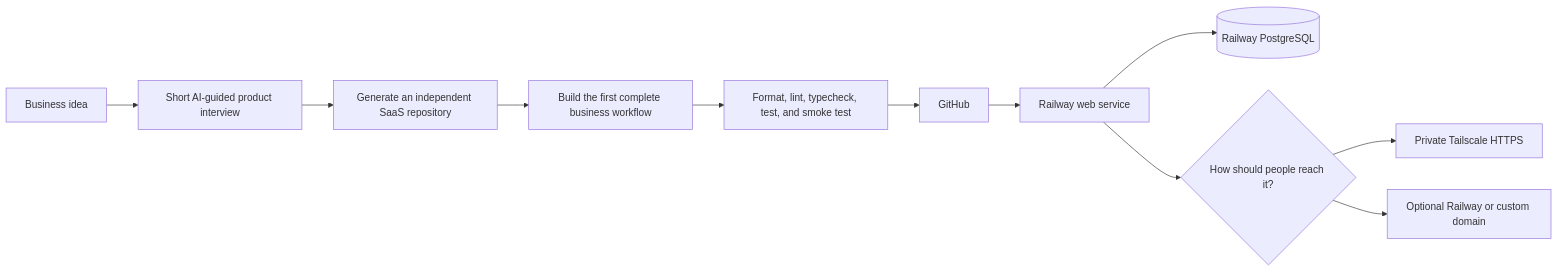
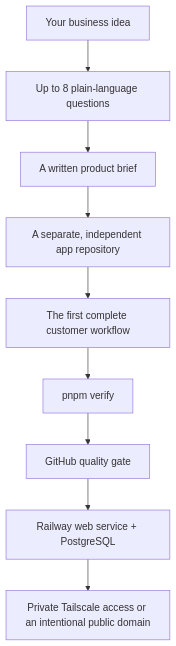
The first of 2 diagrams in README.md (k7cfo/railway-k7cfo-template), drawn with Mermaid before and after one commit. The commit also changed other lines of this file and 1 other file, not shown here.

````diff
--- a/README.md
+++ b/README.md
@@ -15,13 +50,21 @@
 ```mermaid
-flowchart LR
-    A[Business idea] --> B[Short AI-guided product interview]
-    B --> C[Generate an independent SaaS repository]
-    C --> D[Build the first complete business workflow]
-    D --> E[Format, lint, typecheck, test, and smoke test]
-    E --> F[GitHub]
-    F --> G[Railway web service]
-    G --> H[(Railway PostgreSQL)]
-    G --> I{How should people reach it?}
-    I --> J[Private Tailscale HTTPS]
-    I --> K[Optional Railway or custom domain]
+flowchart TD
+    A["Your business idea"]
+    B["Up to 8 plain-language questions"]
+    C["A written product brief"]
+    D["A separate, independent app repository"]
+    E["The first complete customer workflow"]
+    F["pnpm verify"]
+    G["GitHub quality gate"]
+    H["Railway web service + PostgreSQL"]
+    I["Private Tailscale access or an intentional public domain"]
+
+    A --> B
+    B --> C
+    C --> D
+    D --> E
+    E --> F
+    F --> G
+    G --> H
+    H --> I
 ```
````
